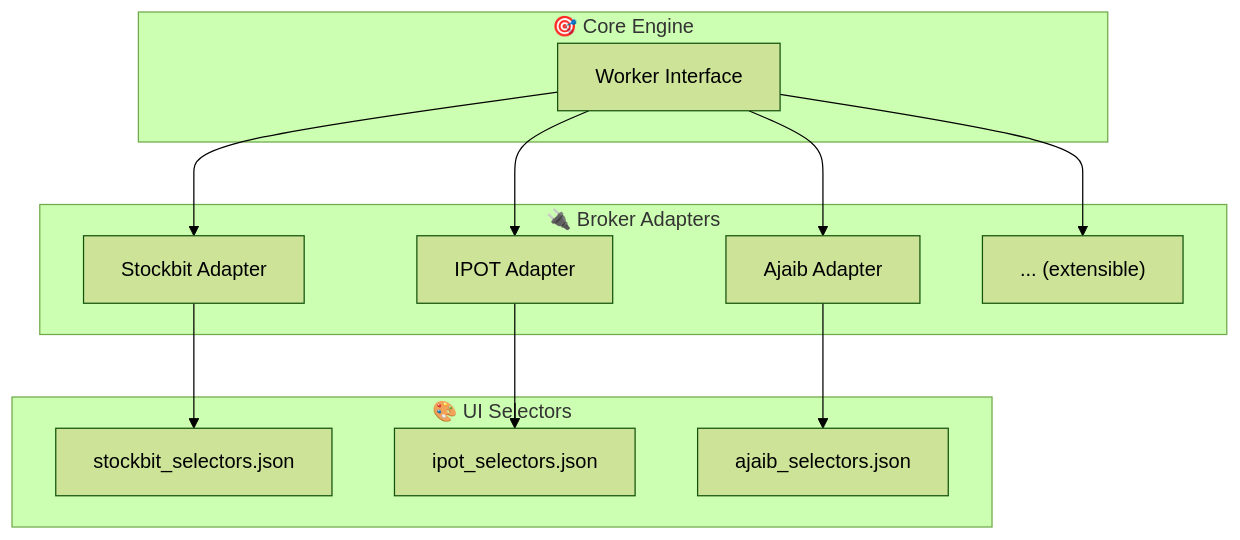
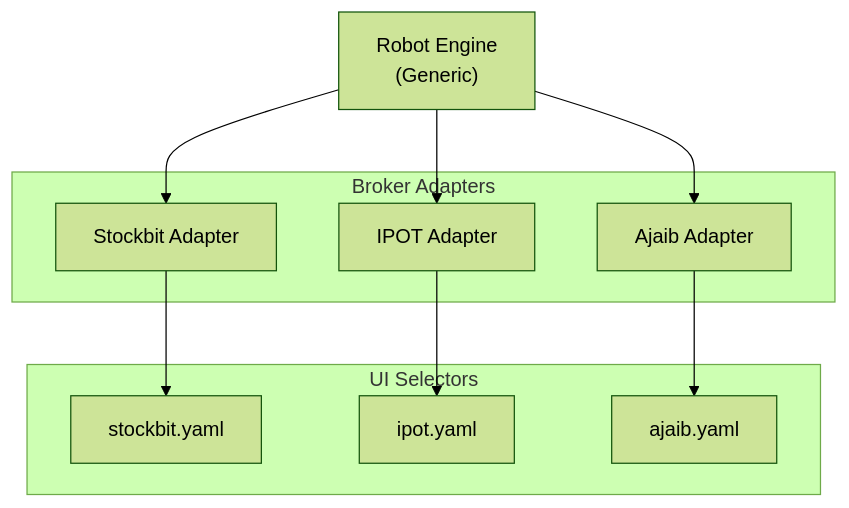
The seventh of 9 diagrams in 01-Projects/Trading-Robot/08-Concurrency-Model.md (LukmanulHakim18/myVault), drawn with Mermaid (forest theme) before and after one commit. The commit also changed other lines of this file and 50 other files, not shown here.

````diff
--- a/01-Projects/Trading-Robot/08-Concurrency-Model.md
+++ b/01-Projects/Trading-Robot/08-Concurrency-Model.md
@@ -107,24 +267,21 @@
 ```mermaid
 flowchart TB
-    subgraph CORE["🎯 Core Engine"]
-        WORKER["Worker Interface"]
-    end
+    ROBOT["Robot Engine<br/>(Generic)"]
     
-    subgraph ADAPTERS["🔌 Broker Adapters"]
+    subgraph ADAPTERS["Broker Adapters"]
         A1["Stockbit Adapter"]
         A2["IPOT Adapter"]
         A3["Ajaib Adapter"]
-        AN["... (extensible)"]
     end
     
-    subgraph SELECTORS["🎨 UI Selectors"]
-        S1["stockbit_selectors.json"]
-        S2["ipot_selectors.json"]
-        S3["ajaib_selectors.json"]
+    subgraph CONFIGS["UI Selectors"]
+        C1["stockbit.yaml"]
+        C2["ipot.yaml"]
+        C3["ajaib.yaml"]
     end
     
-    WORKER --> A1 & A2 & A3 & AN
-    A1 --> S1
-    A2 --> S2
-    A3 --> S3
+    ROBOT --> A1 & A2 & A3
+    A1 --> C1
+    A2 --> C2
+    A3 --> C3
 ```
````
